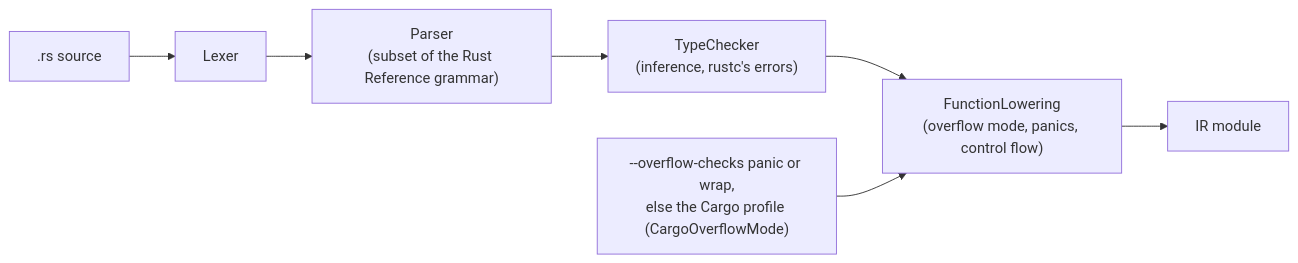
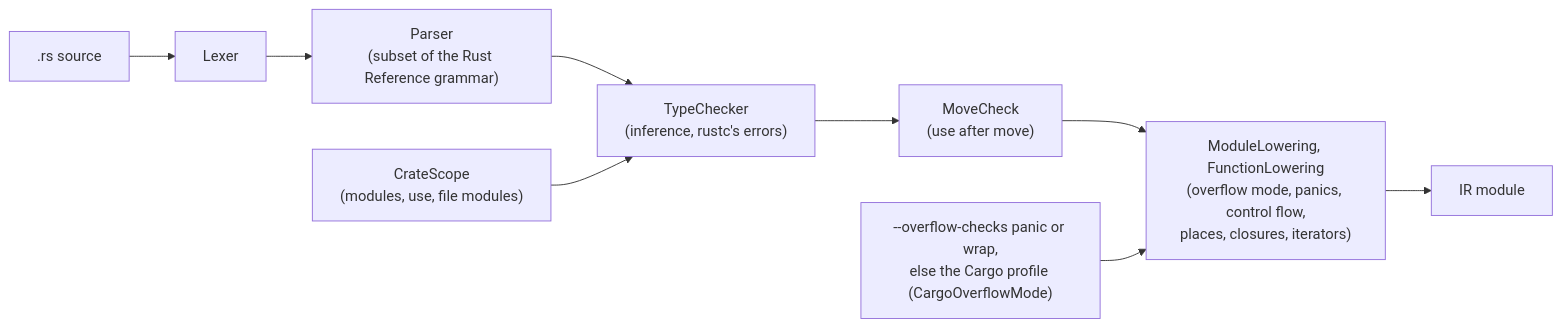
One commit to Hawkynt/Polypiler changed the diagram in docs/architecture/RUST-FRONTEND.md. Above: the diagram before and after it, drawn with Mermaid. The commit also changed other lines of this file and 3 other files, not shown here.

````diff
--- a/docs/architecture/RUST-FRONTEND.md
+++ b/docs/architecture/RUST-FRONTEND.md
@@ -6,8 +8,9 @@
 ```mermaid
 flowchart LR
   source[".rs source"] --> lexer["Lexer"] --> parser["Parser<br/>(subset of the Rust Reference grammar)"]
   parser --> checker["TypeChecker<br/>(inference, rustc's errors)"]
-  checker --> lowering["FunctionLowering<br/>(overflow mode, panics, control flow)"]
+  crate["CrateScope<br/>(modules, use, file modules)"] --> checker
+  checker --> moves["MoveCheck<br/>(use after move)"] --> lowering["ModuleLowering, FunctionLowering<br/>(overflow mode, panics, control flow,<br/>places, closures, iterators)"]
   lowering --> ir["IR module"]
   mode["--overflow-checks panic or wrap,<br/>else the Cargo profile (CargoOverflowMode)"] --> lowering
 ```
````
